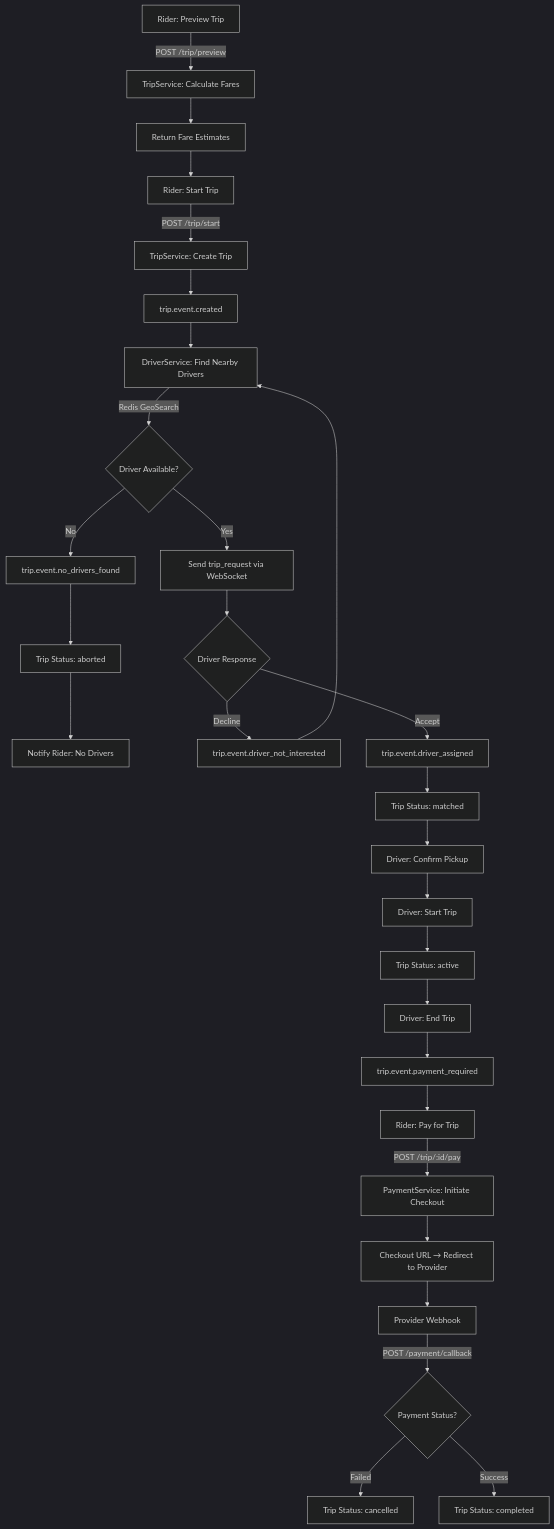
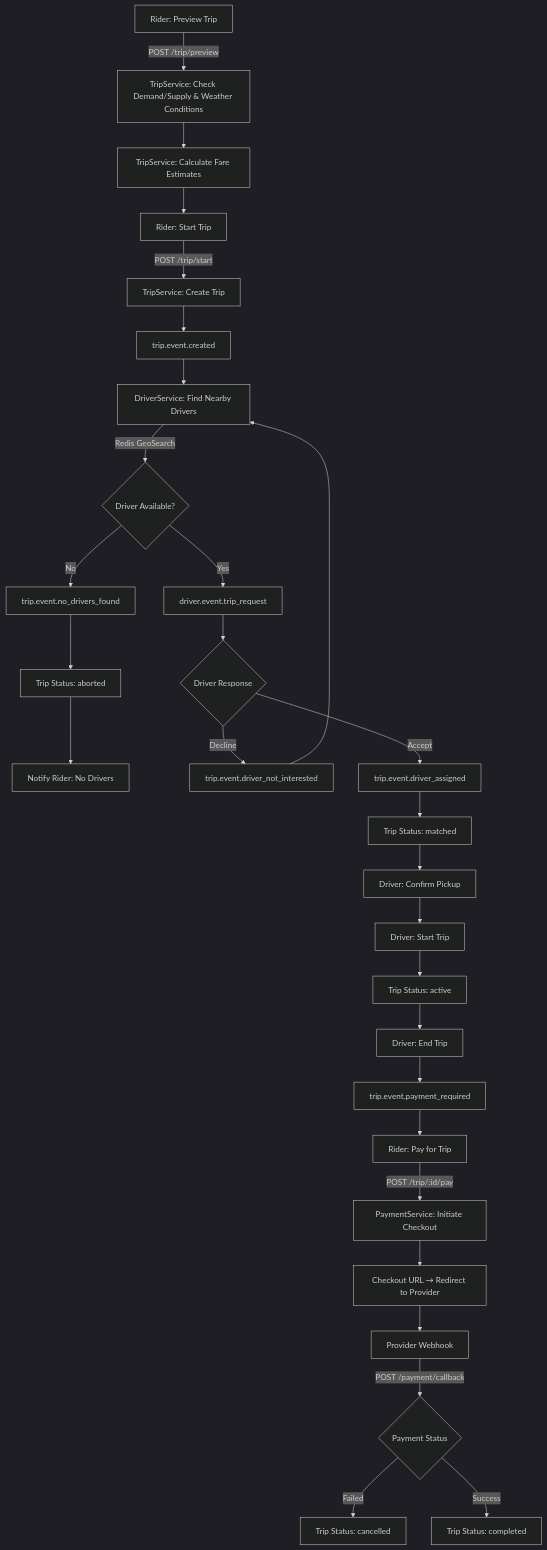
Before and after one commit to xerdin442/wayfare: the diagram in README.md, drawn with Mermaid (dark theme). The commit also changed other lines of this file, not shown here.

Commit message:
fix: add database seeding instructions to readme

````diff
--- a/README.md
+++ b/README.md
@@ -133,31 +137,31 @@
 ```mermaid
 flowchart TD
-    A[Rider: Preview Trip] -->|POST /trip/preview| B[TripService: Calculate Fares]
-    B --> C[Return Fare Estimates]
+    A[Rider: Preview Trip] -->|POST /trip/preview| B[TripService: Check Demand/Supply & Weather Conditions]
+    B --> C[TripService: Calculate Fare Estimates]
     C --> D[Rider: Start Trip]
     D -->|POST /trip/start| E[TripService: Create Trip]
     E --> F[trip.event.created]
     F --> G[DriverService: Find Nearby Drivers]
     G -->|Redis GeoSearch| H{Driver Available?}
     H -->|No| I[trip.event.no_drivers_found]
     I --> J[Trip Status: aborted]
     J --> K[Notify Rider: No Drivers]
-    H -->|Yes| L[Send trip_request via WebSocket]
+    H -->|Yes| L[driver.event.trip_request]
     L --> M{Driver Response}
     M -->|Decline| N[trip.event.driver_not_interested]
     N --> G
     M -->|Accept| O[trip.event.driver_assigned]
     O --> P[Trip Status: matched]
     P --> Q[Driver: Confirm Pickup]
     Q --> R[Driver: Start Trip]
     R --> S[Trip Status: active]
     S --> T[Driver: End Trip]
     T --> U[trip.event.payment_required]
     U --> V[Rider: Pay for Trip]
     V -->|POST /trip/:id/pay| W[PaymentService: Initiate Checkout]
     W --> X[Checkout URL → Redirect to Provider]
     X --> Y[Provider Webhook]
-    Y -->|POST /payment/callback| Z{Payment Status?}
+    Y -->|POST /payment/callback| Z{Payment Status}
     Z -->|Failed| AA[Trip Status: cancelled]
     Z -->|Success| AB[Trip Status: completed]
 ```
````
